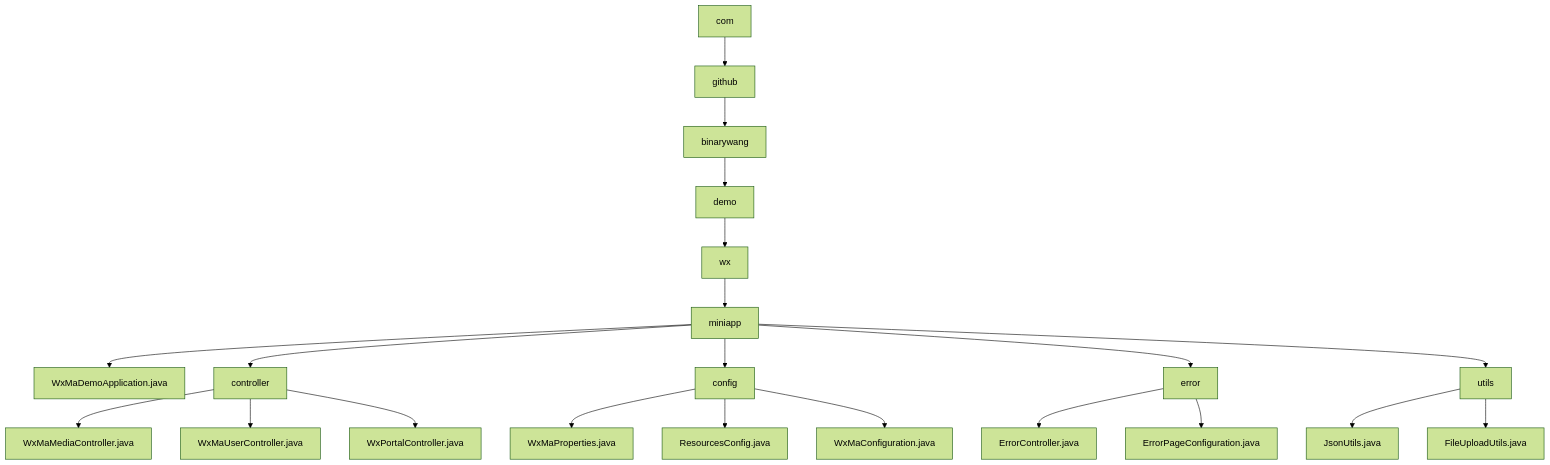
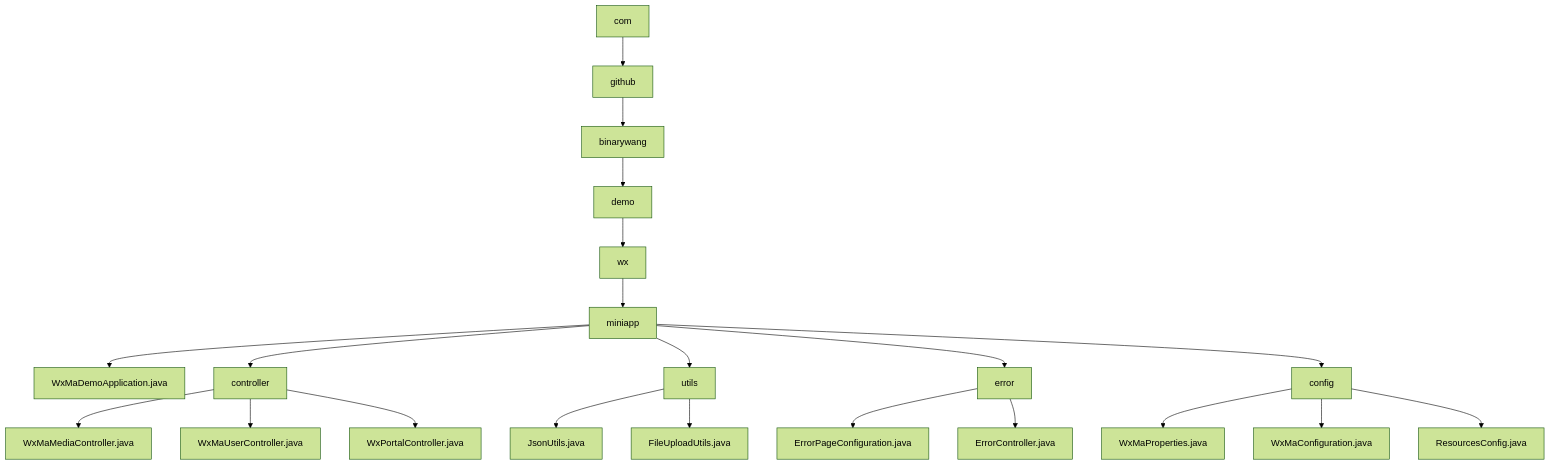
One commit to v-wjrong/imrrong_weixin-java-miniapp-demo changed the diagram in docs/en/docs/src/main/java/com/_module.md. Above: the diagram before and after it, drawn with Mermaid (forest theme). The commit also changed other lines of this file and 51 other files, not shown here.

````diff
--- a/docs/en/docs/src/main/java/com/_module.md
+++ b/docs/en/docs/src/main/java/com/_module.md
@@ -22,23 +30,23 @@
 ```mermaid
 graph TD
     com --> github
     github --> binarywang
     binarywang --> demo
     demo --> wx
     wx --> miniapp
     miniapp --> WxMaDemoApplication.java
     miniapp --> controller
+    miniapp --> utils
+    miniapp --> error
     miniapp --> config
-    miniapp --> error
-    miniapp --> utils
     controller --> WxMaMediaController.java
     controller --> WxMaUserController.java
     controller --> WxPortalController.java
-    config --> WxMaProperties.java
-    config --> ResourcesConfig.java
-    config --> WxMaConfiguration.java
-    error --> ErrorController.java
-    error --> ErrorPageConfiguration.java
     utils --> JsonUtils.java
     utils --> FileUploadUtils.java
+    error --> ErrorPageConfiguration.java
+    error --> ErrorController.java
+    config --> WxMaProperties.java
+    config --> WxMaConfiguration.java
+    config --> ResourcesConfig.java
 ```
````
